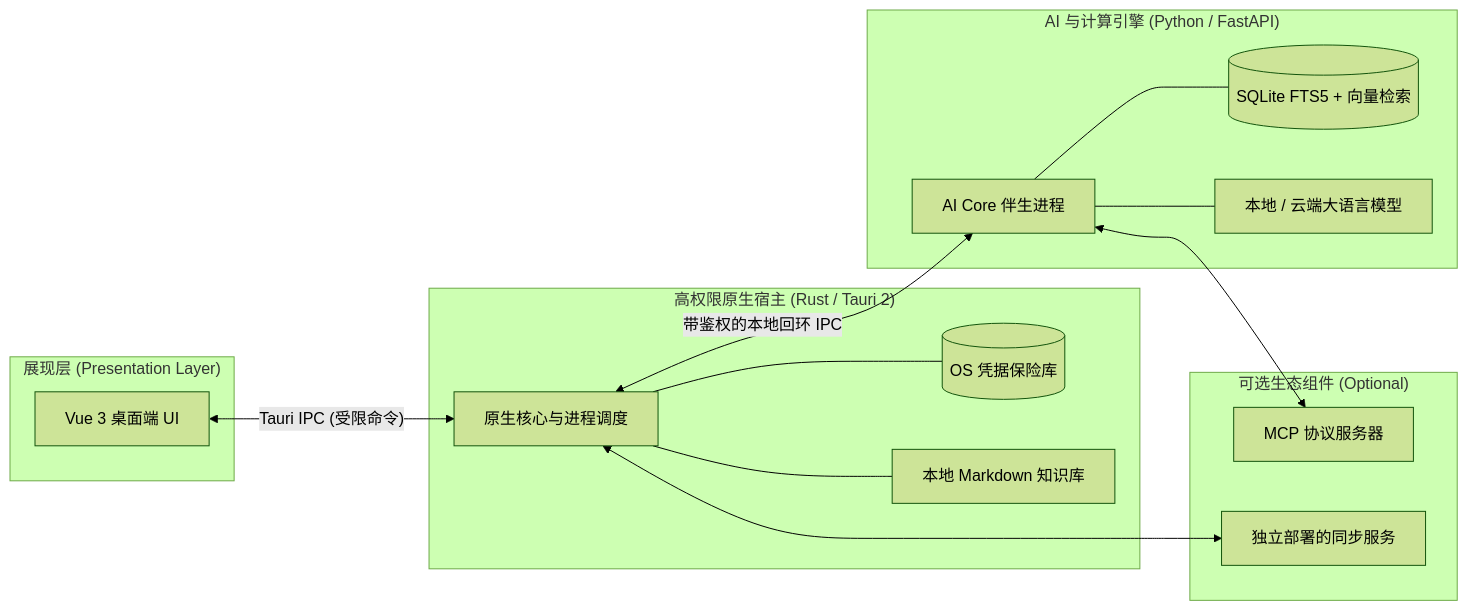
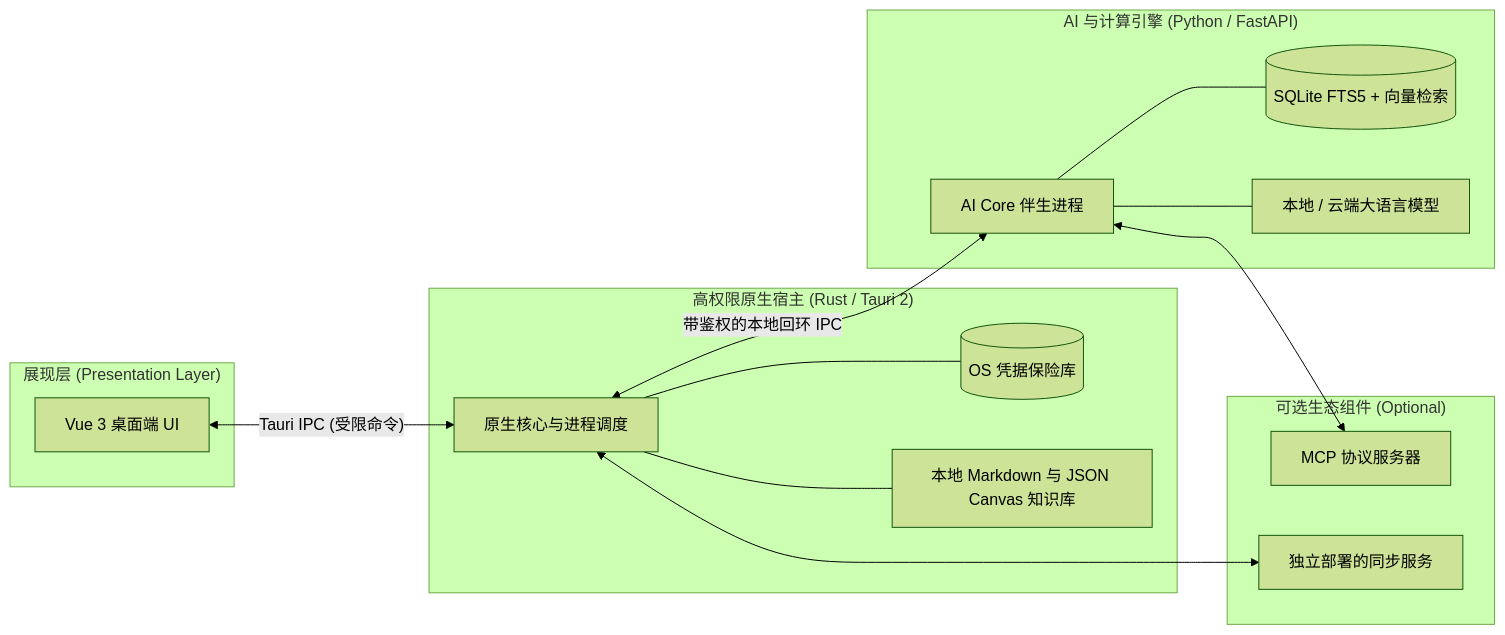
Before and after one commit to KiriAky107/OpenNexus: the fifth of 6 diagrams in README.zh-CN.md, drawn with Mermaid (forest theme). The commit also changed other lines of this file and 5 other files, not shown here.

````diff
--- a/README.zh-CN.md
+++ b/README.zh-CN.md
@@ -177,33 +212,33 @@
 ```mermaid
 flowchart LR
     subgraph Frontend["展现层 (Presentation Layer)"]
         UI[Vue 3 桌面端 UI]
     end
 
     subgraph Host["高权限原生宿主 (Rust / Tauri 2)"]
         HOST[原生核心与进程调度]
         CRED[(OS 凭据保险库)]
-        VAULT[本地 Markdown 知识库]
+        VAULT[本地 Markdown 与 JSON Canvas 知识库]
     end
 
     subgraph Core["AI 与计算引擎 (Python / FastAPI)"]
         CORE[AI Core 伴生进程]
         INDEX[(SQLite FTS5 + 向量检索)]
         LLM[本地 / 云端大语言模型]
     end
 
     subgraph External["可选生态组件 (Optional)"]
         MCP[MCP 协议服务器]
         SYNC[独立部署的同步服务]
     end
 
     UI <-->|"Tauri IPC (受限命令)"| HOST
     HOST <-->|"带鉴权的本地回环 IPC"| CORE
     HOST --- CRED
     HOST --- VAULT
     CORE --- INDEX
     CORE --- LLM
     CORE <--> MCP
     HOST <--> SYNC
 
 ```
````
